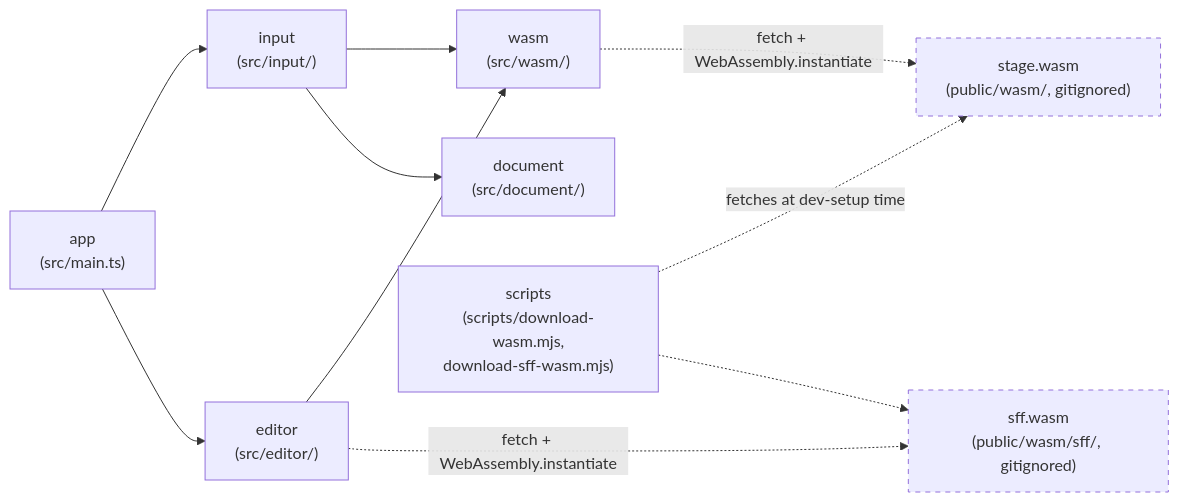
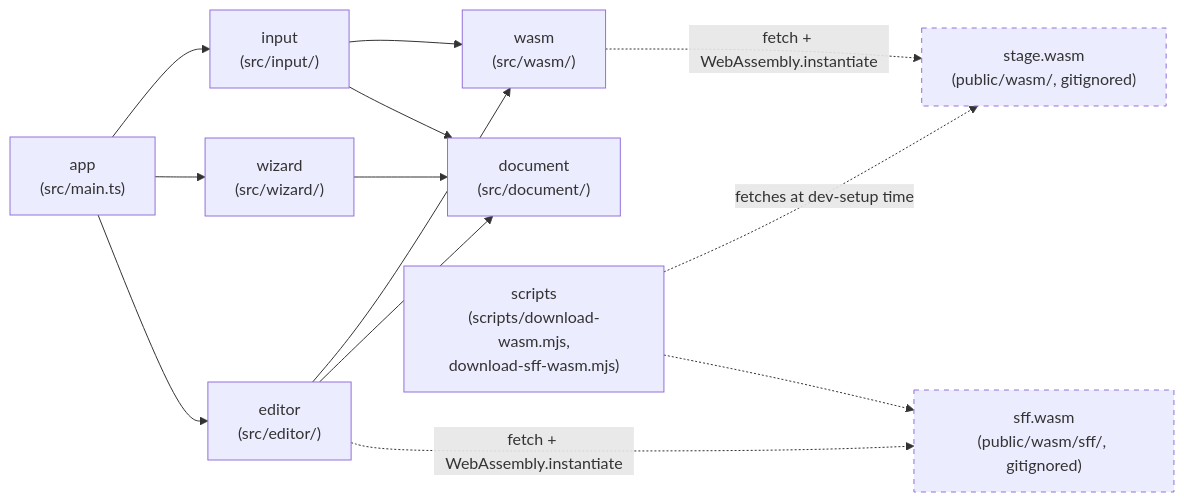
The diagram in docs/architecture.md (openkakutou/stage-editor), drawn with Mermaid before and after one commit. The commit also changed other lines of this file and 21 other files, not shown here.

````diff
--- a/docs/architecture.md
+++ b/docs/architecture.md
@@ -15,15 +15,18 @@
 ```mermaid
 flowchart LR
     app["app\n(src/main.ts)"] --> input["input\n(src/input/)"]
+    app --> wizard["wizard\n(src/wizard/)"]
     app --> editor["editor\n(src/editor/)"]
     input --> wasm["wasm\n(src/wasm/)"]
     input --> document["document\n(src/document/)"]
+    wizard --> document
     editor --> wasm
+    editor --> document
     wasm -.->|fetch + WebAssembly.instantiate| module["stage.wasm\n(public/wasm/, gitignored)"]
     editor -.->|fetch + WebAssembly.instantiate| sffModule["sff.wasm\n(public/wasm/sff/, gitignored)"]
     scripts["scripts\n(scripts/download-wasm.mjs,\ndownload-sff-wasm.mjs)"] -.->|fetches at dev-setup time| module
     scripts -.-> sffModule
 
     style module stroke-dasharray: 5 5
     style sffModule stroke-dasharray: 5 5
 ```
````
